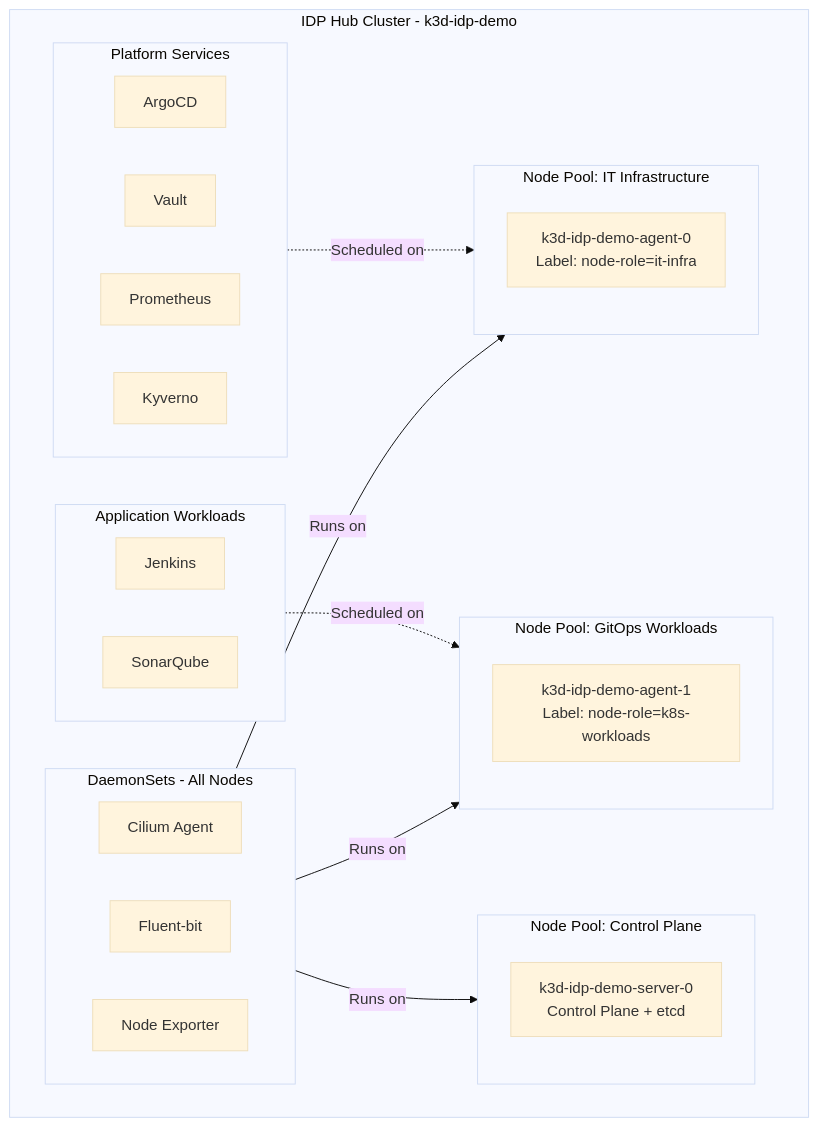
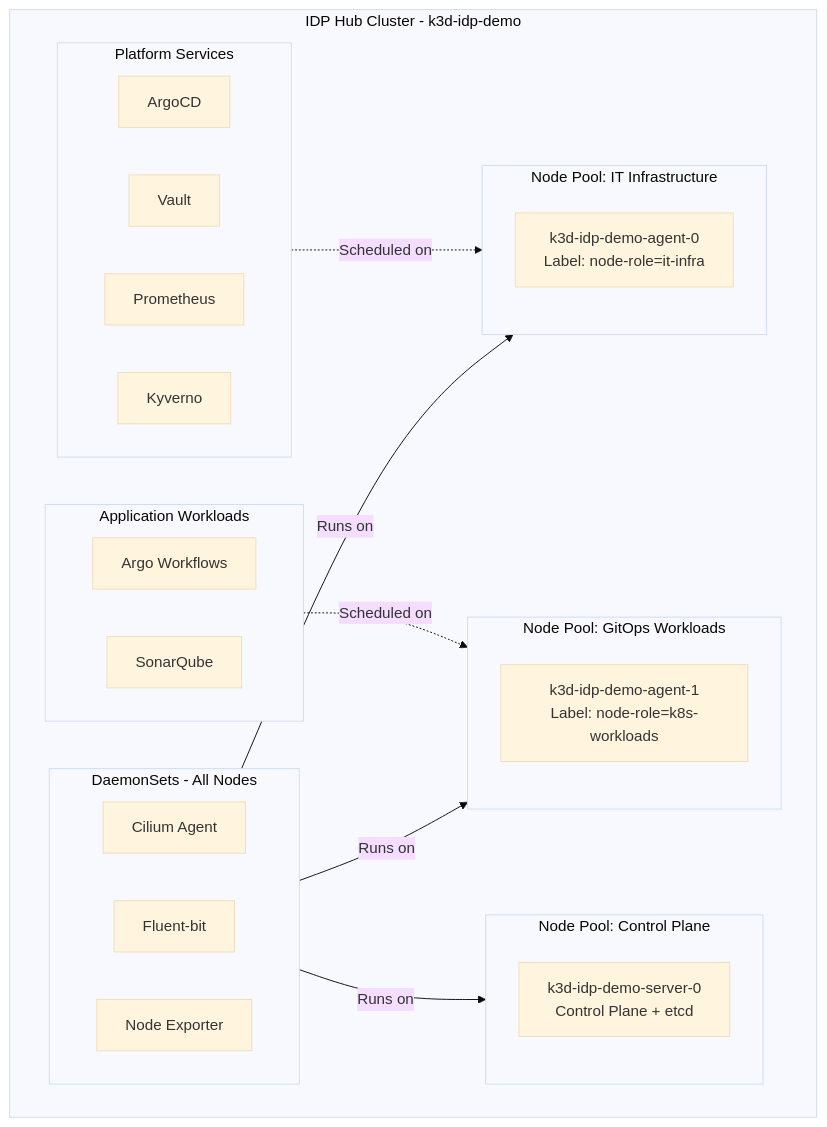
The third of 10 diagrams in ARCHITECTURE_VISUAL.md (rou-cru/idp-blueprint), drawn with Mermaid (base theme) before and after one commit. The commit also changed other lines of this file and 10 other files, not shown here.

Commit message:
docs(project): update architecture and developer UX

````diff
--- a/ARCHITECTURE_VISUAL.md
+++ b/ARCHITECTURE_VISUAL.md
@@ -165,46 +166,46 @@
 ```mermaid
 graph TD
     subgraph IDPHubCluster [IDP Hub Cluster - k3d-idp-demo]
         subgraph NodePool_Infra [Node Pool: IT Infrastructure]
             direction TB
             infra_node[k3d-idp-demo-agent-0<br/>Label: node-role=it-infra]
         end
 
         subgraph NodePool_Apps [Node Pool: GitOps Workloads]
             direction TB
             apps_node[k3d-idp-demo-agent-1<br/>Label: node-role=k8s-workloads]
         end
 
         subgraph NodePool_CP [Node Pool: Control Plane]
             direction TB
             cp_node[k3d-idp-demo-server-0<br/>Control Plane + etcd]
         end
 
         subgraph Workloads_Platform [Platform Services]
             direction LR
             argo[ArgoCD]
             vault[Vault]
             prom[Prometheus]
             kyv[Kyverno]
         end
 
         subgraph Workloads_Apps [Application Workloads]
             direction LR
-            jenkins[Jenkins]
+            workflows[Argo Workflows]
             sonar[SonarQube]
         end
 
         subgraph DaemonSets_AllNodes [DaemonSets - All Nodes]
             direction LR
             cilium[Cilium Agent]
             fluent[Fluent-bit]
             node_exp[Node Exporter]
         end
     end
 
     Workloads_Platform -.->|Scheduled on| NodePool_Infra
     Workloads_Apps -.->|Scheduled on| NodePool_Apps
     DaemonSets_AllNodes -->|Runs on| NodePool_CP
     DaemonSets_AllNodes -->|Runs on| NodePool_Infra
     DaemonSets_AllNodes -->|Runs on| NodePool_Apps
 ```
````
